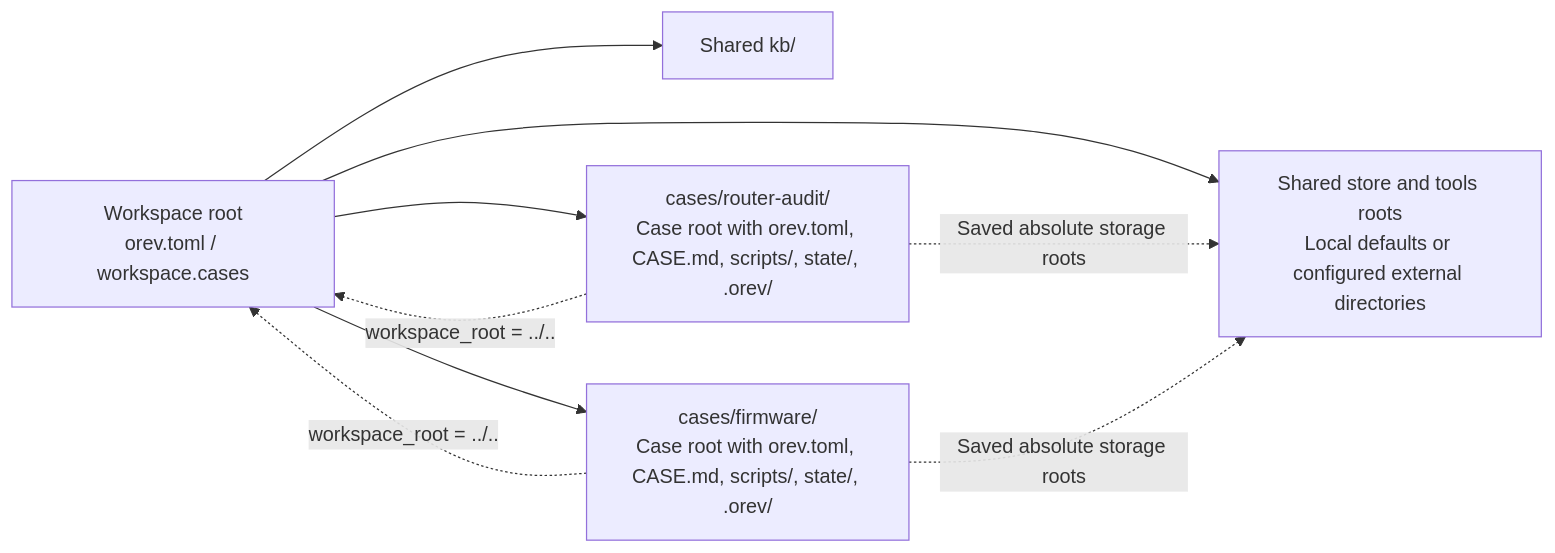
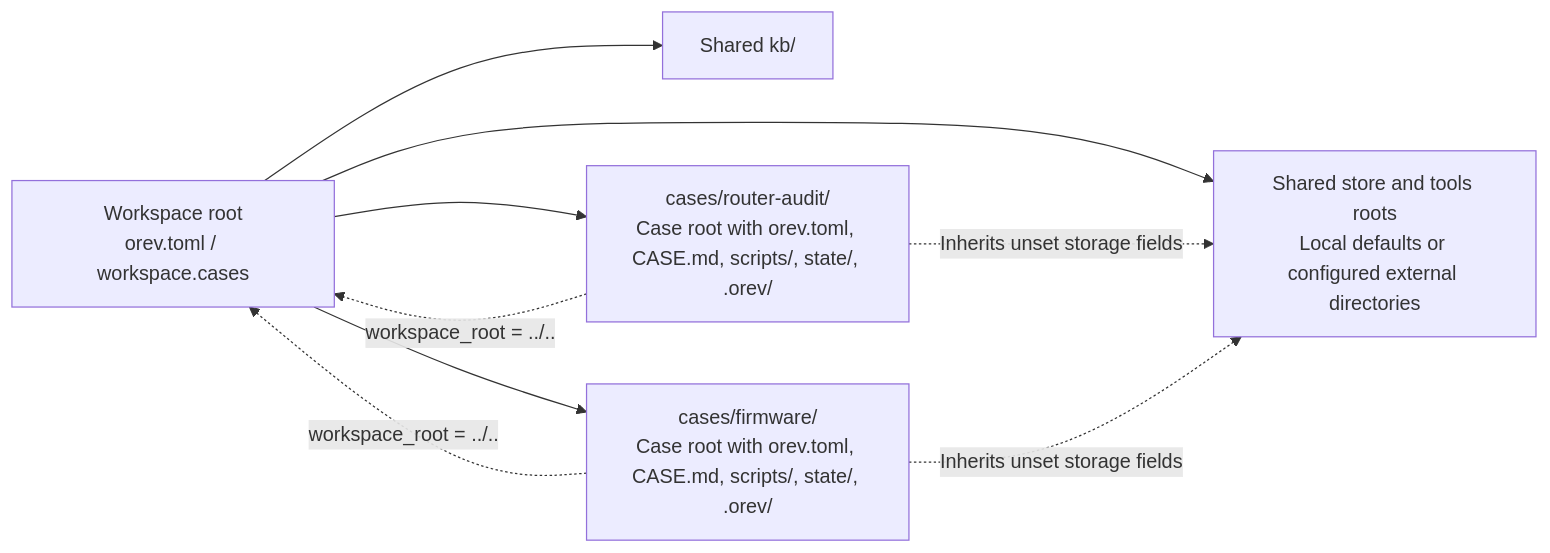
One commit to laurenthuang/orev changed the second of 3 diagrams in docs/dev/architecture.md. Above: the diagram before and after it, drawn with Mermaid. The commit also changed other lines of this file and 14 other files, not shown here.

First line of the commit message:
feat(config)!: inherit storage and allow relative roots

````diff
--- a/docs/dev/architecture.md
+++ b/docs/dev/architecture.md
@@ -75,12 +75,12 @@
 ```mermaid
 flowchart LR
     workspace["Workspace root<br/>orev.toml / workspace.cases"]
     workspace --> kb["Shared kb/"]
     workspace --> storage["Shared store and tools roots<br/>Local defaults or configured external directories"]
     workspace --> a["cases/router-audit/<br/>Case root with orev.toml, CASE.md, scripts/, state/, .orev/"]
     workspace --> b["cases/firmware/<br/>Case root with orev.toml, CASE.md, scripts/, state/, .orev/"]
     a -. "workspace_root = ../.." .-> workspace
     b -. "workspace_root = ../.." .-> workspace
-    a -. "Saved absolute storage roots" .-> storage
-    b -. "Saved absolute storage roots" .-> storage
+    a -. "Inherits unset storage fields" .-> storage
+    b -. "Inherits unset storage fields" .-> storage
 ```
````
